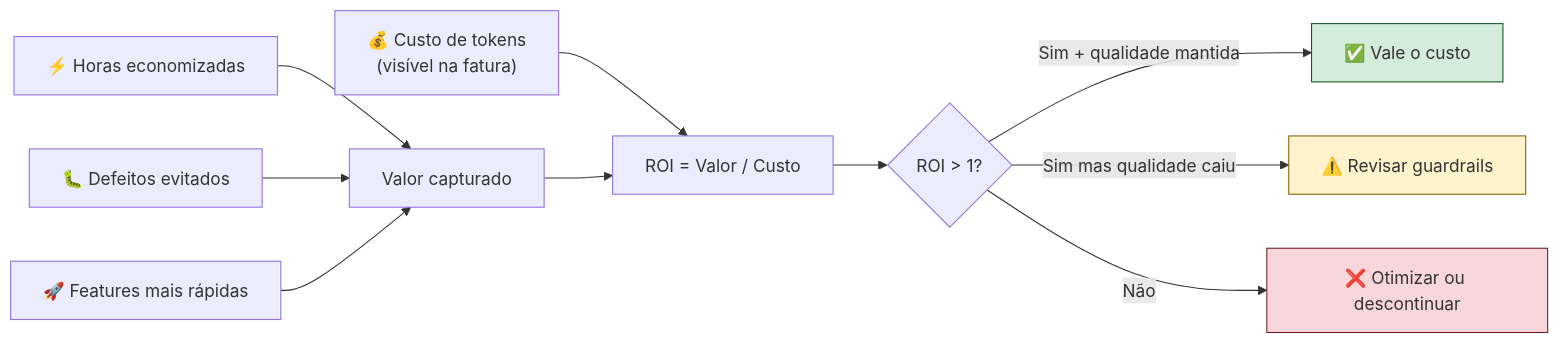
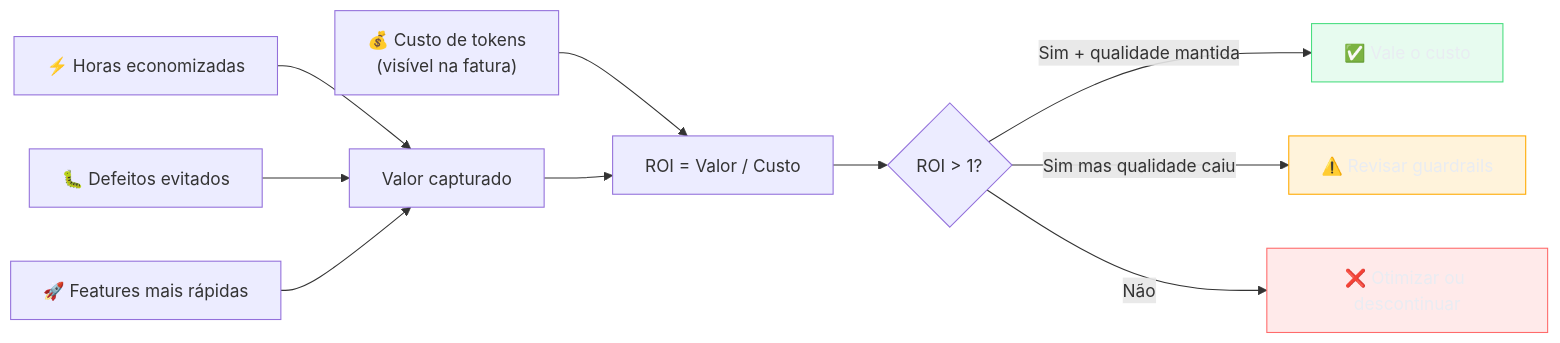
One commit to josenaldo/codex-technomanticus changed the first of 2 diagrams in 03-Dominios/Tecnologia/IA/Economia de Tokens/17 - ROI de IA — quando o agente vale o custo.md. Above: the diagram before and after it, drawn with Mermaid. The commit also changed other lines of this file and 1181 other files, not shown here.

First line of the commit message:
fix(diagramas): paleta do sistema no lugar de cor cravada no markdown

````diff
--- a/03-Dominios/Tecnologia/IA/Economia de Tokens/17 - ROI de IA — quando o agente vale o custo.md
+++ b/03-Dominios/Tecnologia/IA/Economia de Tokens/17 - ROI de IA — quando o agente vale o custo.md
@@ -33,17 +33,20 @@
 ```mermaid
 flowchart LR
+    classDef ok fill:#4ADE8021,stroke:#4ADE80,color:#E9ECF2
+    classDef destaque fill:#FFAA0024,stroke:#FFAA00,color:#E9ECF2
+    classDef falha fill:#FF6B6B24,stroke:#FF6B6B,color:#E9ECF2
     A["💰 Custo de tokens\n(visível na fatura)"] --> B["ROI = Valor / Custo"]
     C["⚡ Horas economizadas"] --> D["Valor capturado"]
     E["🐛 Defeitos evitados"] --> D
     F["🚀 Features mais rápidas"] --> D
     D --> B
     
     B --> G{"ROI > 1?"}
     G -->|"Sim + qualidade mantida"| H["✅ Vale o custo"]
     G -->|"Sim mas qualidade caiu"| I["⚠️ Revisar guardrails"]
     G -->|"Não"| J["❌ Otimizar ou descontinuar"]
     
-    style H fill:#d4edda,stroke:#155724
-    style I fill:#fff3cd,stroke:#856404
-    style J fill:#f8d7da,stroke:#721c24
+    class H ok
+    class I destaque
+    class J falha
 ```
````
